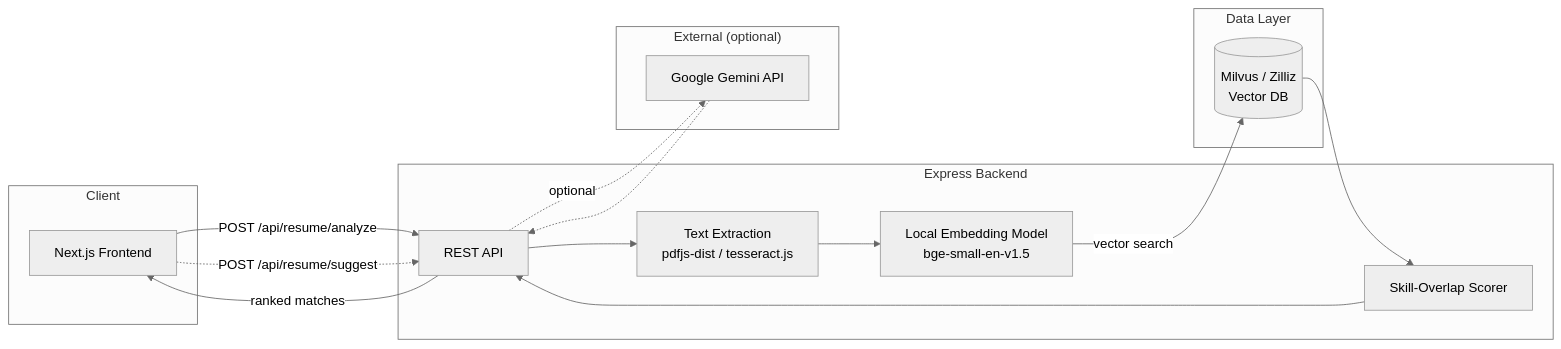
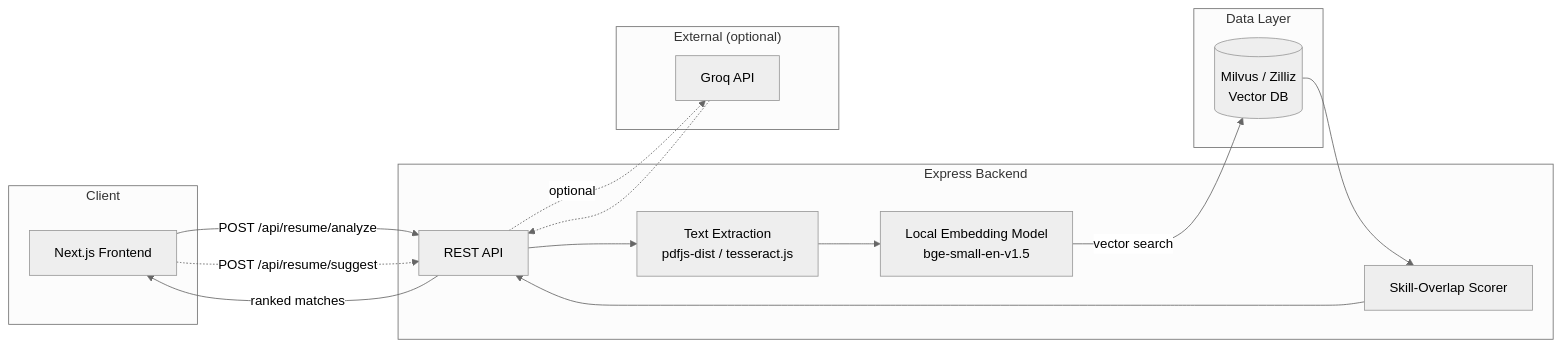
Before and after one commit to mohdsaqb/jobsync: the first of 3 diagrams in README.md, drawn with Mermaid (neutral theme). The commit also changed other lines of this file and 12 other files, not shown here.

First line of the commit message:
Replace Gemini with Groq behind a pluggable LLM provider

````diff
--- a/README.md
+++ b/README.md
@@ -46,27 +46,27 @@
 ```mermaid
 flowchart LR
     subgraph Client
         FE["Next.js Frontend"]
     end
     subgraph Server["Express Backend"]
         API["REST API"]
         TXT["Text Extraction<br/>pdfjs-dist / tesseract.js"]
         EMB["Local Embedding Model<br/>bge-small-en-v1.5"]
         SKM["Skill-Overlap Scorer"]
     end
     subgraph Data["Data Layer"]
         MIL[("Milvus / Zilliz<br/>Vector DB")]
     end
     subgraph External["External (optional)"]
-        GEM["Google Gemini API"]
+        GEM["Groq API"]
     end
 
     FE -->|"POST /api/resume/analyze"| API
     API --> TXT --> EMB
     EMB -->|vector search| MIL
     MIL --> SKM --> API
     API -->|ranked matches| FE
     FE -.->|"POST /api/resume/suggest"| API
     API -.->|optional| GEM
     GEM -.-> API
 ```
````
